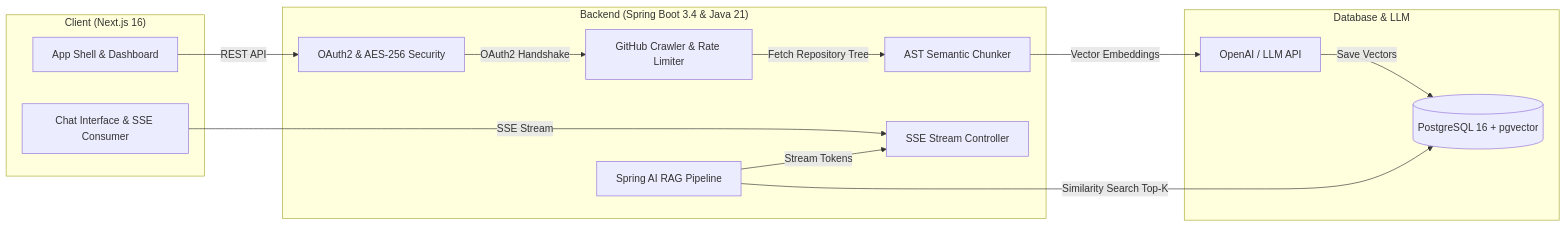
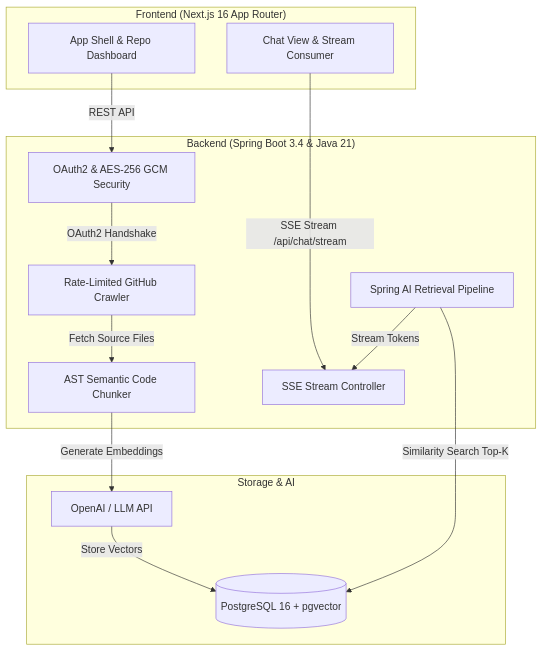
The diagram in README.md (sanjanamandal1/plottwist), drawn with Mermaid before and after one commit. The commit also changed other lines of this file and 1 other file, not shown here.

````diff
--- a/README.md
+++ b/README.md
@@ -36,29 +61,29 @@
 ```mermaid
-flowchart LR
-    subgraph Client ["Client (Next.js 16)"]
-        UI[App Shell & Dashboard]
-        Chat[Chat Interface & SSE Consumer]
+flowchart TD
+    subgraph Client ["Frontend (Next.js 16 App Router)"]
+        UI[App Shell & Repo Dashboard]
+        Chat[Chat View & Stream Consumer]
     end
 
     subgraph Backend ["Backend (Spring Boot 3.4 & Java 21)"]
-        Auth[OAuth2 & AES-256 Security]
-        Crawler[GitHub Crawler & Rate Limiter]
-        Chunker[AST Semantic Chunker]
-        RAG[Spring AI RAG Pipeline]
+        Auth[OAuth2 & AES-256 GCM Security]
+        Crawler[Rate-Limited GitHub Crawler]
+        Chunker[AST Semantic Code Chunker]
+        RAG[Spring AI Retrieval Pipeline]
         SSE[SSE Stream Controller]
     end
 
-    subgraph Storage ["Database & LLM"]
+    subgraph Storage ["Storage & AI"]
         PG[(PostgreSQL 16 + pgvector)]
-        LLM[OpenAI / LLM API]
+        Embeddings[OpenAI / LLM API]
     end
 
     UI -->|REST API| Auth
-    Chat -->|SSE Stream| SSE
+    Chat -->|SSE Stream /api/chat/stream| SSE
     Auth -->|OAuth2 Handshake| Crawler
-    Crawler -->|Fetch Repository Tree| Chunker
-    Chunker -->|Vector Embeddings| LLM
-    LLM -->|Save Vectors| PG
+    Crawler -->|Fetch Source Files| Chunker
+    Chunker -->|Generate Embeddings| Embeddings
+    Embeddings -->|Store Vectors| PG
     RAG -->|Similarity Search Top-K| PG
     RAG -->|Stream Tokens| SSE
 ```
````
